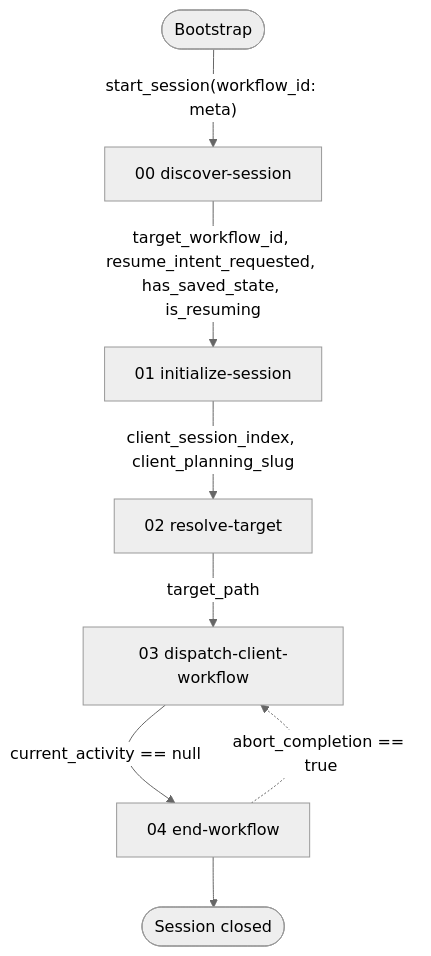
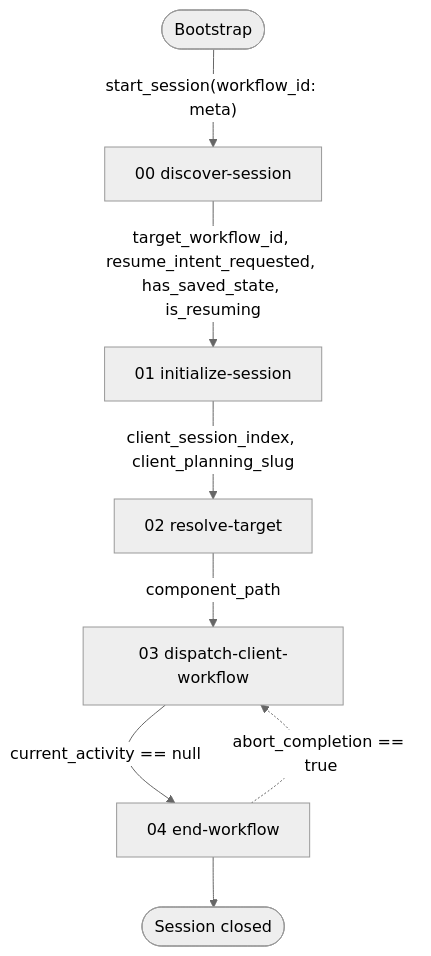
One commit to m2ux/workflow-server changed the diagram in meta/README.md. Above: the diagram before and after it, drawn with Mermaid (neutral theme). The commit also changed other lines of this file and 18 other files, not shown here.

````diff
--- a/meta/README.md
+++ b/meta/README.md
@@ -37,10 +37,10 @@
 ```mermaid
 graph TD
     startNode(["Bootstrap"]) -->|"start_session(workflow_id: meta)"| DS["00 discover-session"]
     DS -->|"target_workflow_id, resume_intent_requested, has_saved_state, is_resuming"| INI["01 initialize-session"]
     INI -->|"client_session_index, client_planning_slug"| RT["02 resolve-target"]
-    RT -->|"target_path"| DSP["03 dispatch-client-workflow"]
+    RT -->|"component_path"| DSP["03 dispatch-client-workflow"]
     DSP -->|"current_activity == null"| END["04 end-workflow"]
     END -.->|"abort_completion == true"| DSP
     END --> doneNode(["Session closed"])
 ```
````
